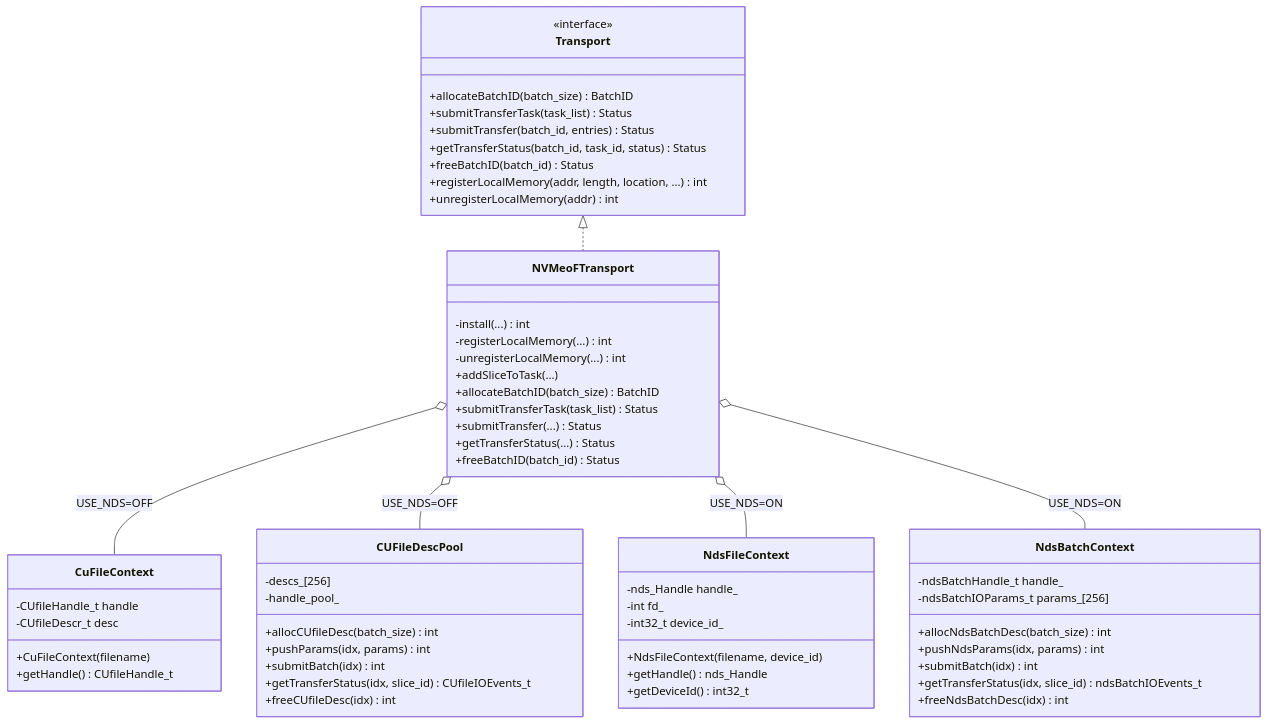
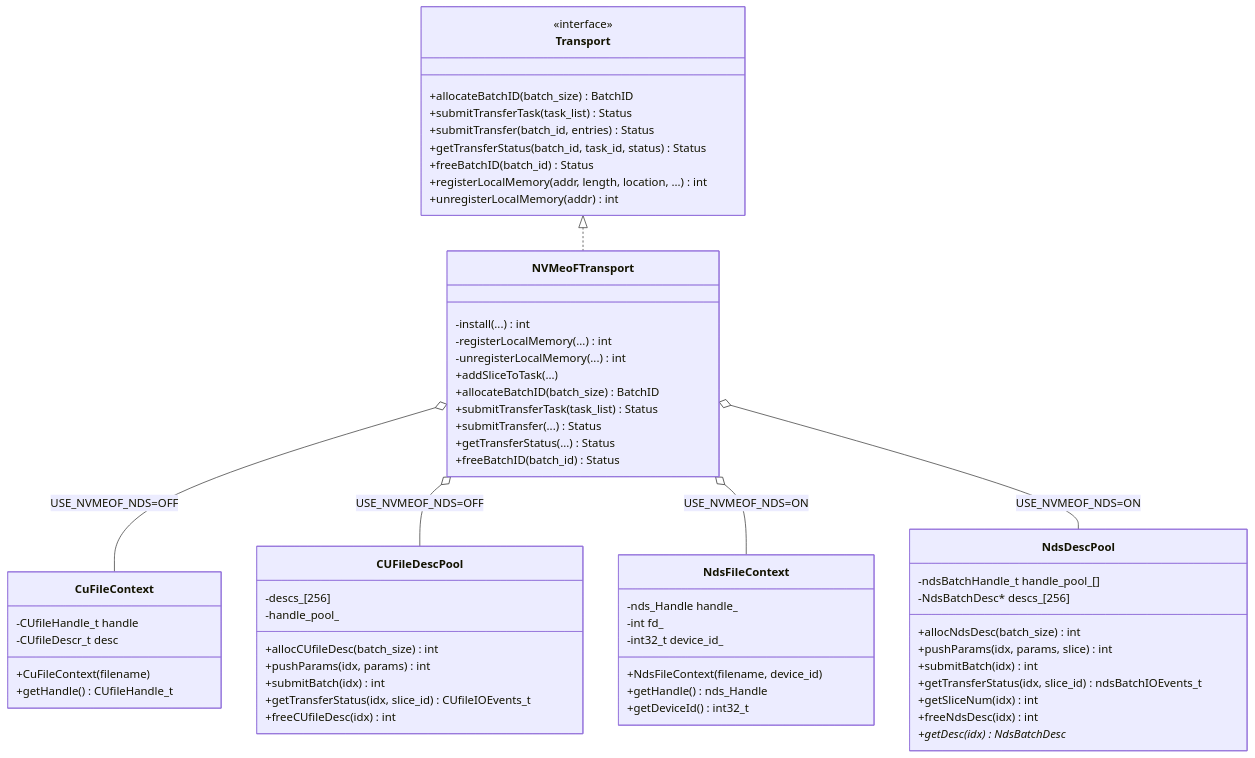
The third of 17 diagrams in docs/rfc-nds-nvmeof-transport-cn.md (yz53665/Mooncake), drawn with Mermaid before and after one commit. The commit also changed other lines of this file, not shown here.

````diff
--- a/docs/rfc-nds-nvmeof-transport-cn.md
+++ b/docs/rfc-nds-nvmeof-transport-cn.md
@@ -135,67 +135,69 @@
 ```mermaid
 classDiagram
     class Transport {
         <<interface>>
         +allocateBatchID(batch_size) BatchID
         +submitTransferTask(task_list) Status
         +submitTransfer(batch_id, entries) Status
         +getTransferStatus(batch_id, task_id, status) Status
         +freeBatchID(batch_id) Status
         +registerLocalMemory(addr, length, location, ...) int
         +unregisterLocalMemory(addr) int
     }
 
     class NVMeoFTransport {
         -install(...) int
         -registerLocalMemory(...) int
         -unregisterLocalMemory(...) int
         +addSliceToTask(...)
         +allocateBatchID(batch_size) BatchID
         +submitTransferTask(task_list) Status
         +submitTransfer(...) Status
         +getTransferStatus(...) Status
         +freeBatchID(batch_id) Status
     }
 
     class CuFileContext {
         -CUfileHandle_t handle
         -CUfileDescr_t desc
         +CuFileContext(filename)
         +getHandle() CUfileHandle_t
     }
 
     class CUFileDescPool {
         -descs_[256]
         -handle_pool_
         +allocCUfileDesc(batch_size) int
         +pushParams(idx, params) int
         +submitBatch(idx) int
         +getTransferStatus(idx, slice_id) CUfileIOEvents_t
         +freeCUfileDesc(idx) int
     }
 
-    class NdsBatchContext {
-        -ndsBatchHandle_t handle_
-        -ndsBatchIOParams_t params_[256]
-        +allocNdsBatchDesc(batch_size) int
-        +pushNdsParams(idx, params) int
+    class NdsDescPool {
+        -ndsBatchHandle_t handle_pool_[]
+        -NdsBatchDesc* descs_[256]
+        +allocNdsDesc(batch_size) int
+        +pushParams(idx, params, slice) int
         +submitBatch(idx) int
         +getTransferStatus(idx, slice_id) ndsBatchIOEvents_t
-        +freeNdsBatchDesc(idx) int
+        +getSliceNum(idx) int
+        +freeNdsDesc(idx) int
+        +getDesc(idx) NdsBatchDesc*
     }
 
     class NdsFileContext {
         -nds_Handle handle_
         -int fd_
         -int32_t device_id_
         +NdsFileContext(filename, device_id)
         +getHandle() nds_Handle
         +getDeviceId() int32_t
     }
 
     Transport <|.. NVMeoFTransport
-    NVMeoFTransport o-- CuFileContext : USE_NDS=OFF
-    NVMeoFTransport o-- CUFileDescPool : USE_NDS=OFF
-    NVMeoFTransport o-- NdsFileContext : USE_NDS=ON
-    NVMeoFTransport o-- NdsBatchContext : USE_NDS=ON
+    NVMeoFTransport o-- CuFileContext : USE_NVMEOF_NDS=OFF
+    NVMeoFTransport o-- CUFileDescPool : USE_NVMEOF_NDS=OFF
+    NVMeoFTransport o-- NdsFileContext : USE_NVMEOF_NDS=ON
+    NVMeoFTransport o-- NdsDescPool : USE_NVMEOF_NDS=ON
 ```
````
